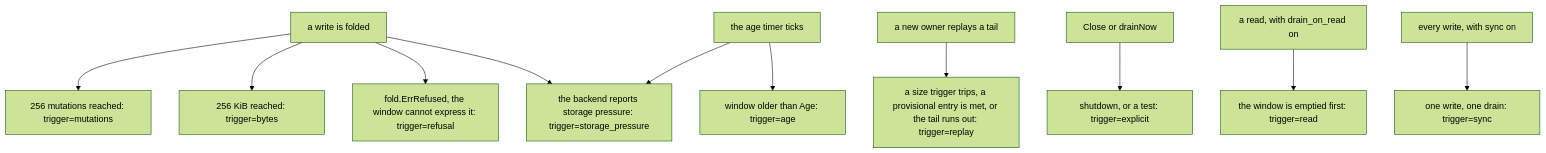
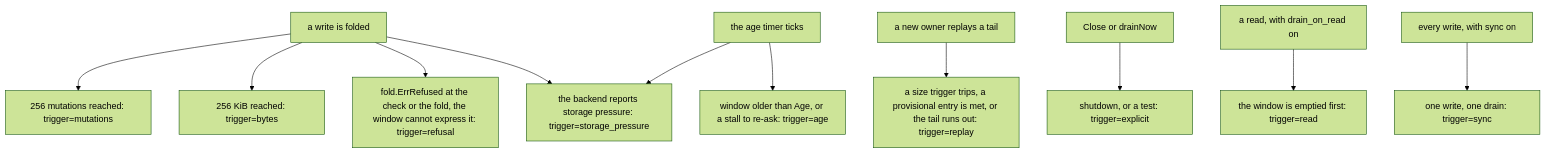
The fourth of 10 diagrams in docs/handbook/05-write-path.md (aromanovich/waltz), drawn with Mermaid (forest theme) before and after one commit. The commit also changed other lines of this file and 29 other files, not shown here.

````diff
--- a/docs/handbook/05-write-path.md
+++ b/docs/handbook/05-write-path.md
@@ -285,13 +286,13 @@
 ```mermaid
 flowchart TD
   W["a write is folded"] --> M["256 mutations reached: trigger=mutations"]
   W --> B["256 KiB reached: trigger=bytes"]
-  W --> RF["fold.ErrRefused, the window cannot express it: trigger=refusal"]
+  W --> RF["fold.ErrRefused at the check or the fold, the window cannot express it: trigger=refusal"]
   W --> P["the backend reports storage pressure: trigger=storage_pressure"]
-  T["the age timer ticks"] --> A["window older than Age: trigger=age"]
+  T["the age timer ticks"] --> A["window older than Age, or a stall to re-ask: trigger=age"]
   T --> P
   RP["a new owner replays a tail"] --> R["a size trigger trips, a provisional entry is met, or the tail runs out: trigger=replay"]
   X["Close or drainNow"] --> E["shutdown, or a test: trigger=explicit"]
   RD["a read, with drain_on_read on"] --> D["the window is emptied first: trigger=read"]
   S["every write, with sync on"] --> Y["one write, one drain: trigger=sync"]
 ```
````
